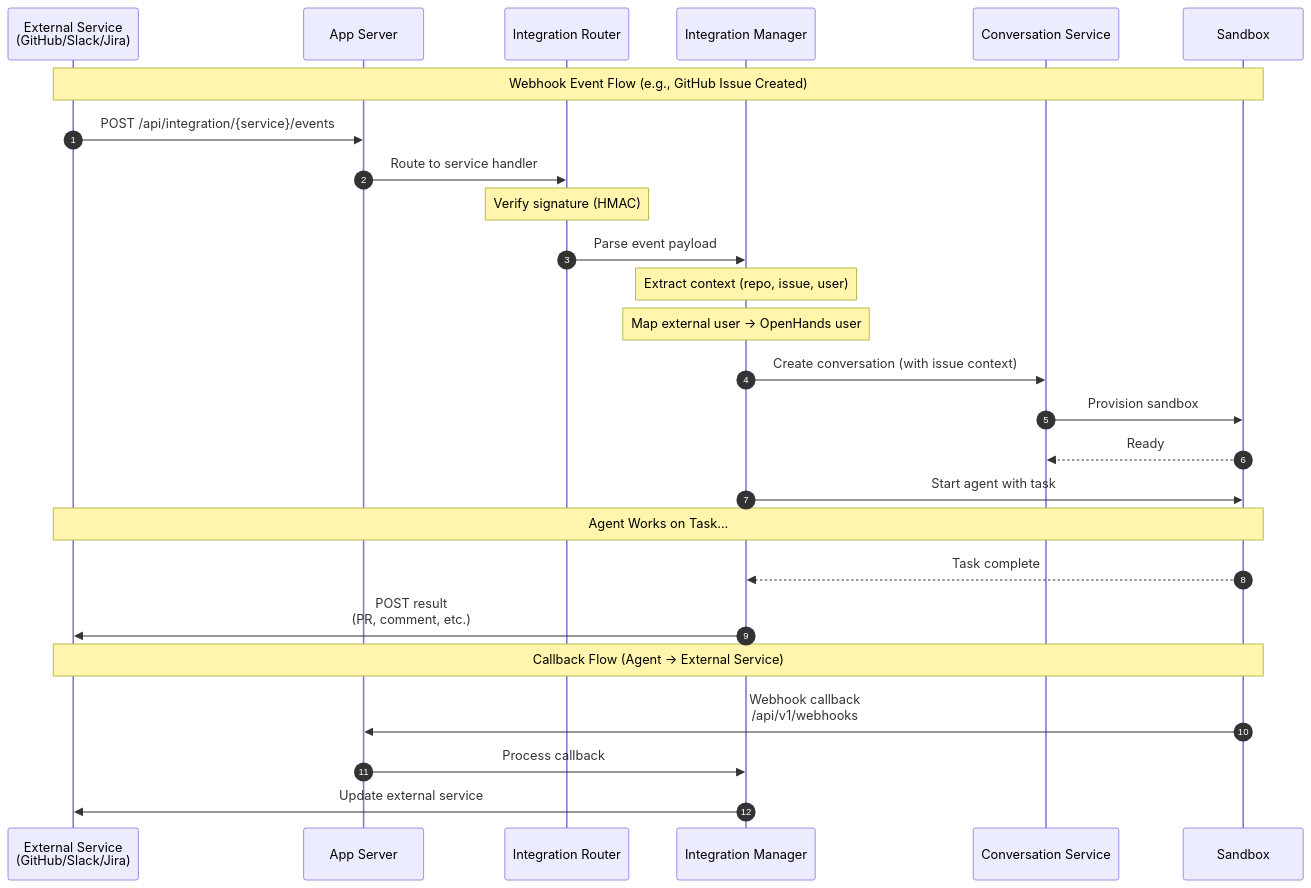
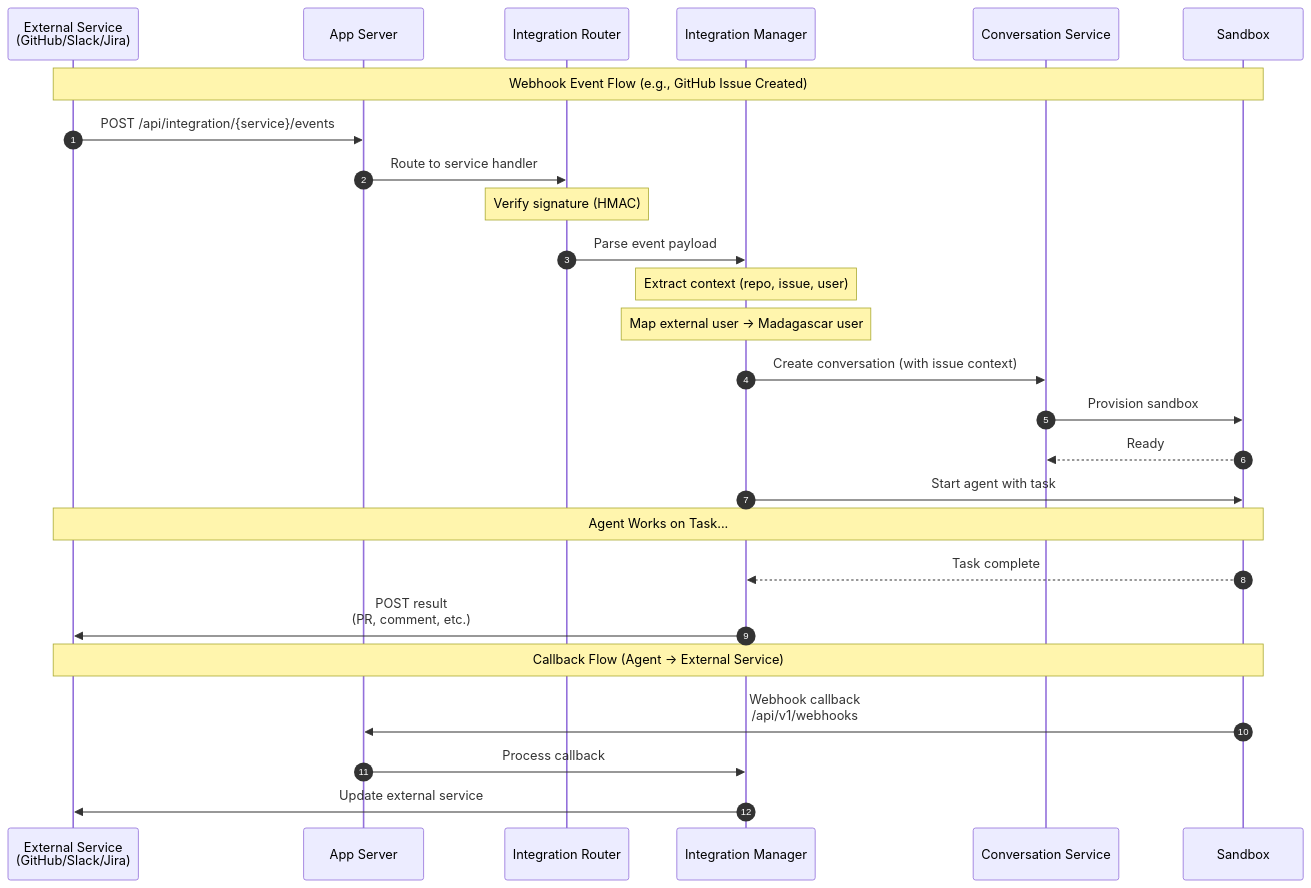
Before and after one commit to midnighthunters/madagascar: the diagram in backend/enterprise/doc/architecture/external-integrations.md, drawn with Mermaid. The commit also changed other lines of this file and 3050 other files, not shown here.

````diff
--- a/backend/enterprise/doc/architecture/external-integrations.md
+++ b/backend/enterprise/doc/architecture/external-integrations.md
@@ -5,37 +5,37 @@
 ```mermaid
 sequenceDiagram
     autonumber
     participant Ext as External Service<br/>(GitHub/Slack/Jira)
     participant App as App Server
     participant IntRouter as Integration Router
     participant Manager as Integration Manager
     participant Conv as Conversation Service
     participant Sandbox as Sandbox
 
     Note over Ext,Sandbox: Webhook Event Flow (e.g., GitHub Issue Created)
 
     Ext->>App: POST /api/integration/{service}/events
     App->>IntRouter: Route to service handler
     Note over IntRouter: Verify signature (HMAC)
 
     IntRouter->>Manager: Parse event payload
     Note over Manager: Extract context (repo, issue, user)
-    Note over Manager: Map external user → OpenHands user
+    Note over Manager: Map external user → Madagascar user
 
     Manager->>Conv: Create conversation (with issue context)
     Conv->>Sandbox: Provision sandbox
     Sandbox-->>Conv: Ready
 
     Manager->>Sandbox: Start agent with task
 
     Note over Ext,Sandbox: Agent Works on Task...
 
     Sandbox-->>Manager: Task complete
     Manager->>Ext: POST result<br/>(PR, comment, etc.)
 
     Note over Ext,Sandbox: Callback Flow (Agent → External Service)
 
     Sandbox->>App: Webhook callback<br/>/api/v1/webhooks
     App->>Manager: Process callback
     Manager->>Ext: Update external service
 ```
````
